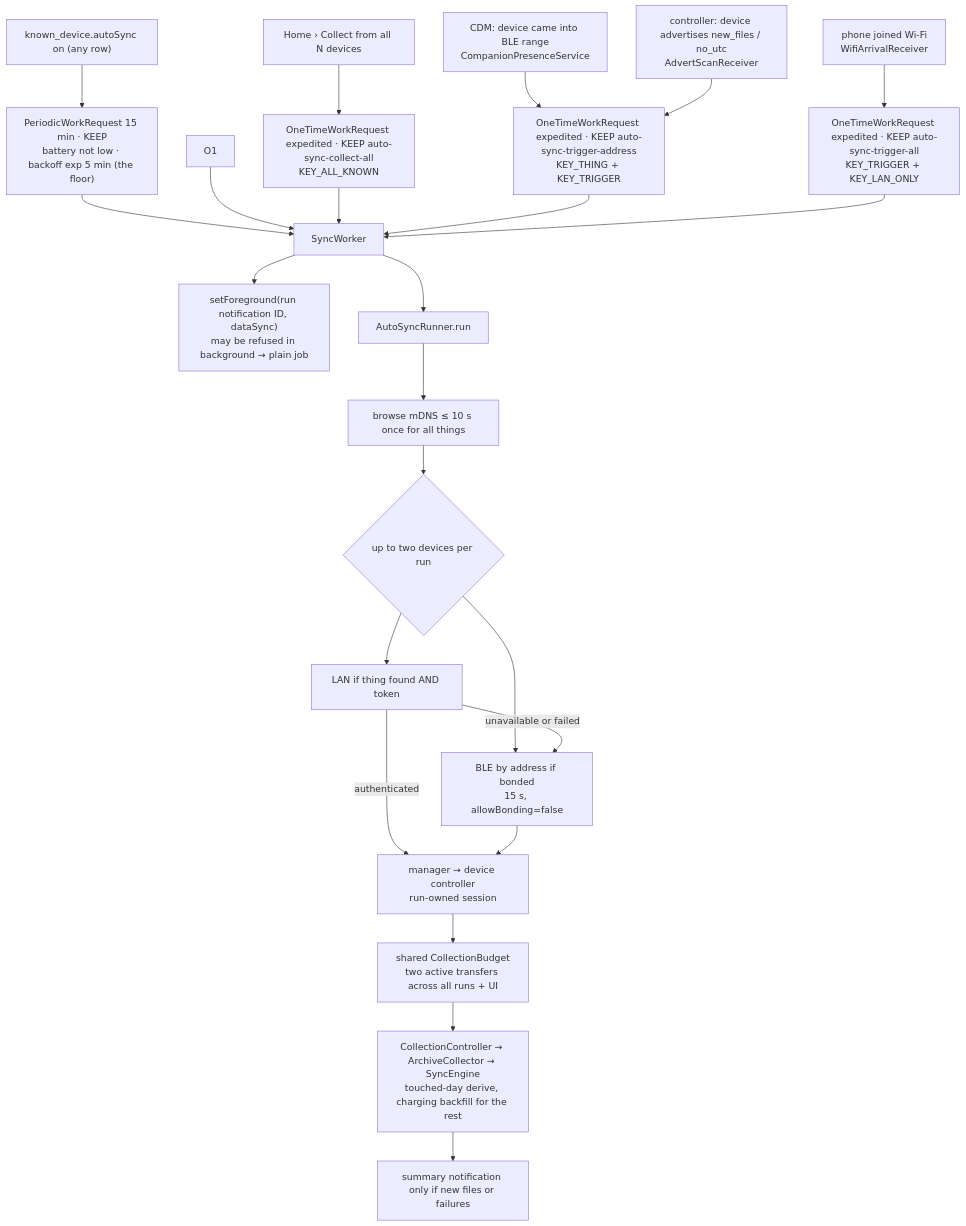
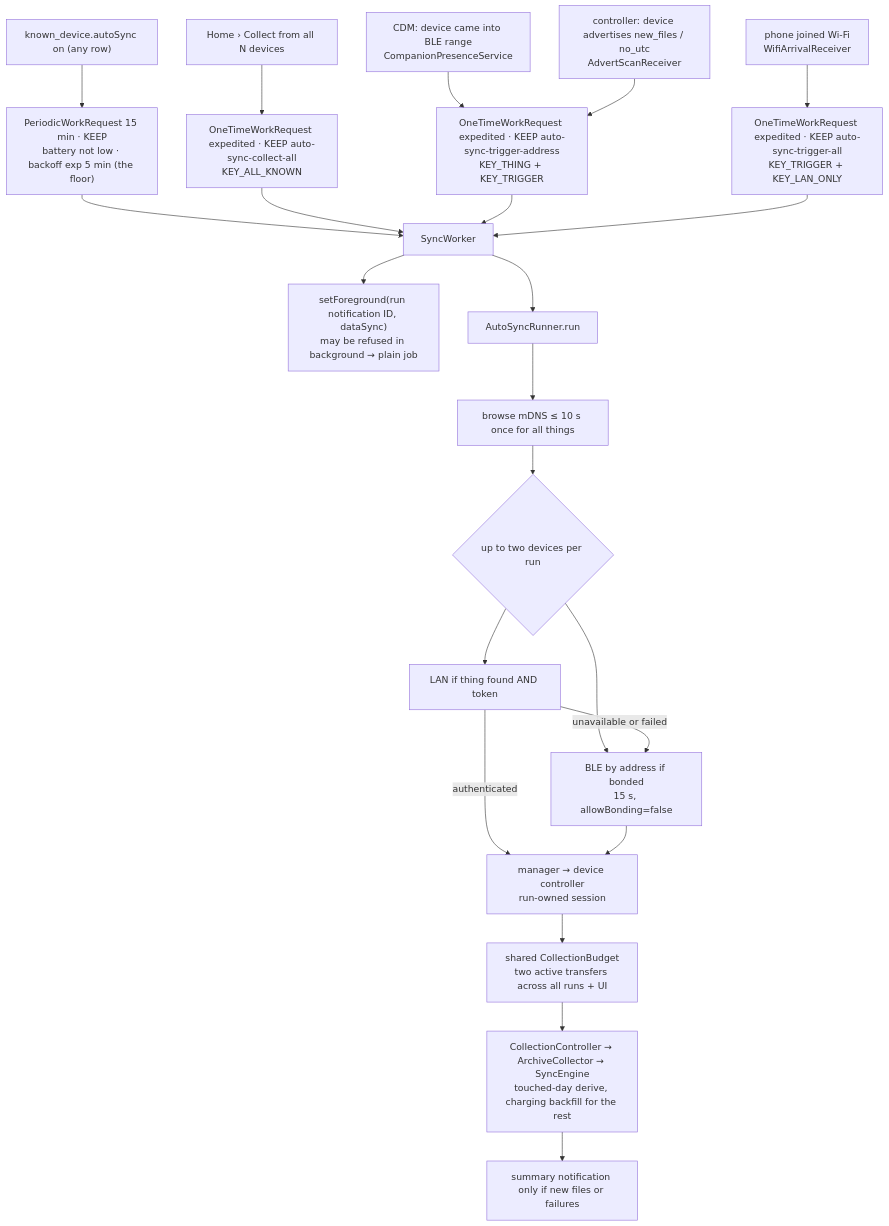
One commit to walkthru-earth/opensensor-space-mobile changed the diagram in docs/background-sync.md. Above: the diagram before and after it, drawn with Mermaid. The commit also changed other lines of this file and 17 other files, not shown here.

First line of the commit message:
Sync the architecture, protocol and pipeline docs with the code

````diff
--- a/docs/background-sync.md
+++ b/docs/background-sync.md
@@ -17,25 +17,24 @@
 ```mermaid
 flowchart TD
   SW["known_device.autoSync on (any row)"] --> P["PeriodicWorkRequest 15 min · KEEP<br/>battery not low · backoff exp 5 min (the floor)"]
   M2["Home › Collect from all N devices"] --> O2["OneTimeWorkRequest expedited · KEEP auto-sync-collect-all<br/>KEY_ALL_KNOWN"]
   T1["CDM: device came into BLE range<br/>CompanionPresenceService"] --> O3["OneTimeWorkRequest expedited · KEEP auto-sync-trigger-address<br/>KEY_THING + KEY_TRIGGER"]
   T2["controller: device advertises new_files / no_utc<br/>AdvertScanReceiver"] --> O3
   T3["phone joined Wi-Fi<br/>WifiArrivalReceiver"] --> O4["OneTimeWorkRequest expedited · KEEP auto-sync-trigger-all<br/>KEY_TRIGGER + KEY_LAN_ONLY"]
   P --> W[SyncWorker]
-  O1 --> W
   O2 --> W
   O3 --> W
   O4 --> W
   W --> F["setForeground(run notification ID, dataSync)<br/>may be refused in background → plain job"]
   W --> R[AutoSyncRunner.run]
   R --> L["browse mDNS ≤ 10 s once for all things"]
   L --> D{up to two devices per run}
   D --> LAN["LAN if thing found AND token"]
   D --> BLE["BLE by address if bonded<br/>15 s, allowBonding=false"]
   LAN -- unavailable or failed --> BLE
   LAN -- authenticated --> C["manager → device controller<br/>run-owned session"]
   BLE --> C
   C --> B["shared CollectionBudget<br/>two active transfers across all runs + UI"]
   B --> S["CollectionController → ArchiveCollector → SyncEngine<br/>touched-day derive, charging backfill for the rest"]
   S --> N["summary notification only if new files or failures"]
 ```
````
